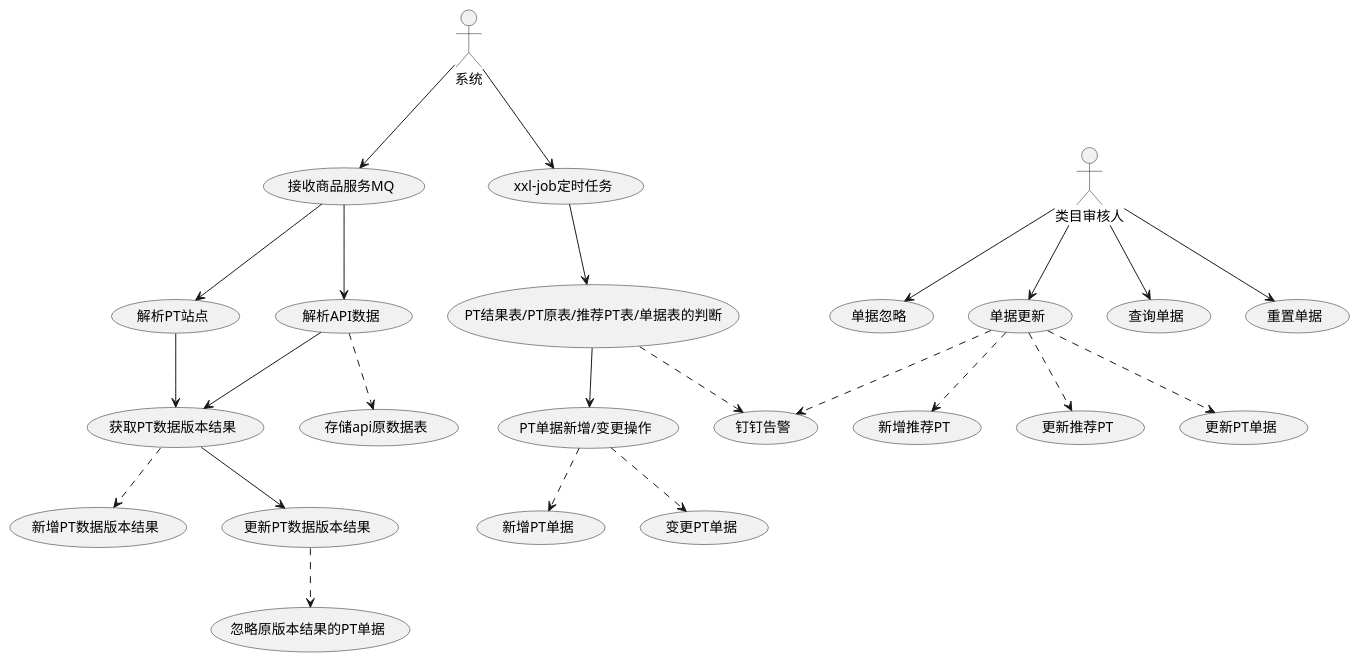
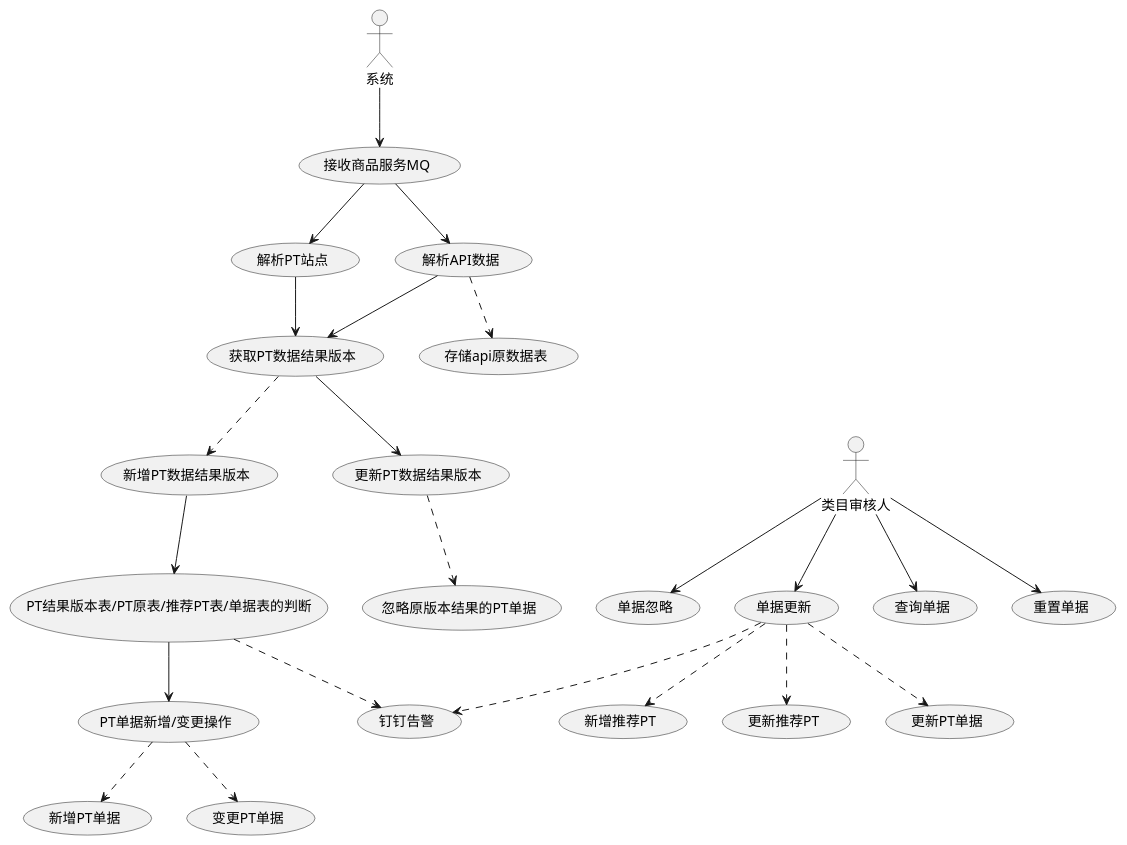
Before and after one commit to shallowdream1997/ShallowDream-LeetCode-PHP: the diagram in uml/PT.puml, drawn with PlantUML. The commit also changed 3 other files, not shown here.

Commit message:
[+] PT uml图

```diff
--- a/uml/PT.puml
+++ b/uml/PT.puml
@@ -1,51 +1,50 @@
 @startuml
 
 'actor A
 'actor B
 actor 系统 as sys
 actor 类目审核人 as c
 
 
 sys --> (接收商品服务MQ)
 (接收商品服务MQ) -->(解析API数据)
 (接收商品服务MQ) --> (解析PT站点)
-(解析API数据) --> (获取PT数据版本结果)
+(解析API数据) --> (获取PT数据结果版本)
 (解析API数据) .down.>(存储api原数据表)
-(解析PT站点) --> (获取PT数据版本结果)
-(获取PT数据版本结果) .down.> (新增PT数据版本结果)
-(获取PT数据版本结果) --> (更新PT数据版本结果)
-(更新PT数据版本结果) .down.> (忽略原版本结果的PT单据)
+(解析PT站点) --> (获取PT数据结果版本)
+(获取PT数据结果版本) .down.> (新增PT数据结果版本)
+(获取PT数据结果版本) --> (更新PT数据结果版本)
+(更新PT数据结果版本) .down.> (忽略原版本结果的PT单据)
 
 
 
 
-sys --> (xxl-job定时任务)
-(xxl-job定时任务) --> (PT结果表/PT原表/推荐PT表/单据表的判断)
-(PT结果表/PT原表/推荐PT表/单据表的判断) .down.> (钉钉告警)
-(PT结果表/PT原表/推荐PT表/单据表的判断) --> (PT单据新增/变更操作)
+(新增PT数据结果版本) --> (PT结果版本表/PT原表/推荐PT表/单据表的判断)
+(PT结果版本表/PT原表/推荐PT表/单据表的判断) .down.> (钉钉告警)
+(PT结果版本表/PT原表/推荐PT表/单据表的判断) --> (PT单据新增/变更操作)
 
 (PT单据新增/变更操作) .down.> (新增PT单据)
 (PT单据新增/变更操作) .down.>(变更PT单据)
 
 
 c --> (单据忽略)
 c --> (单据更新)
 c --> (查询单据)
 c --> (重置单据)
 
 (单据更新) .down.>(钉钉告警)
 (单据更新) .down.>(新增推荐PT)
 (单据更新) .down.>(更新推荐PT)
 (单据更新) .down.>(更新PT单据)
 
 'A -up-> (up)
 'A -right-> (center)
 'A -down-> (down)
 'A -left-> (left)
 
 'B -up-> (up)
 'B -left-> (center)
 'B -right-> (right)
 'B -down-> (down)
 
 @enduml
```
